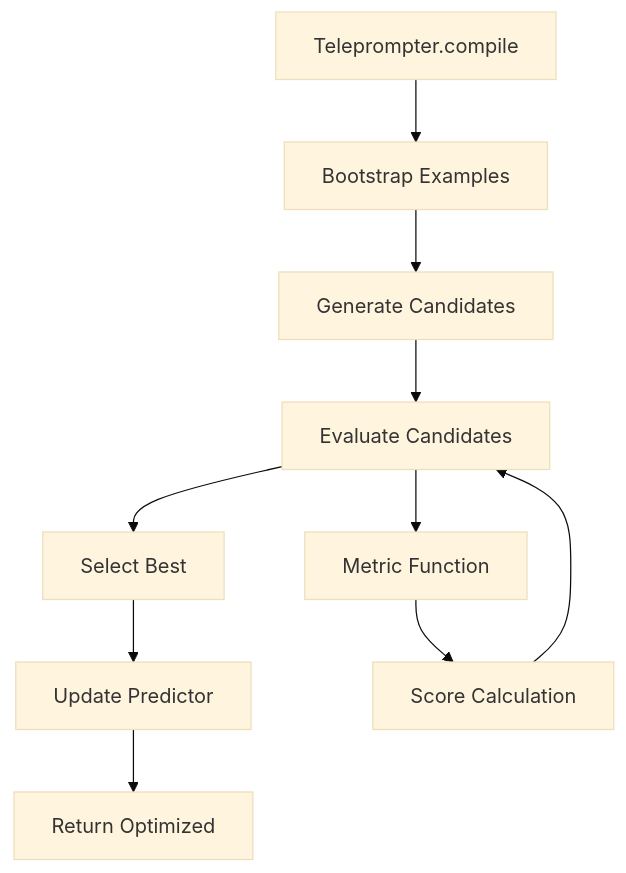
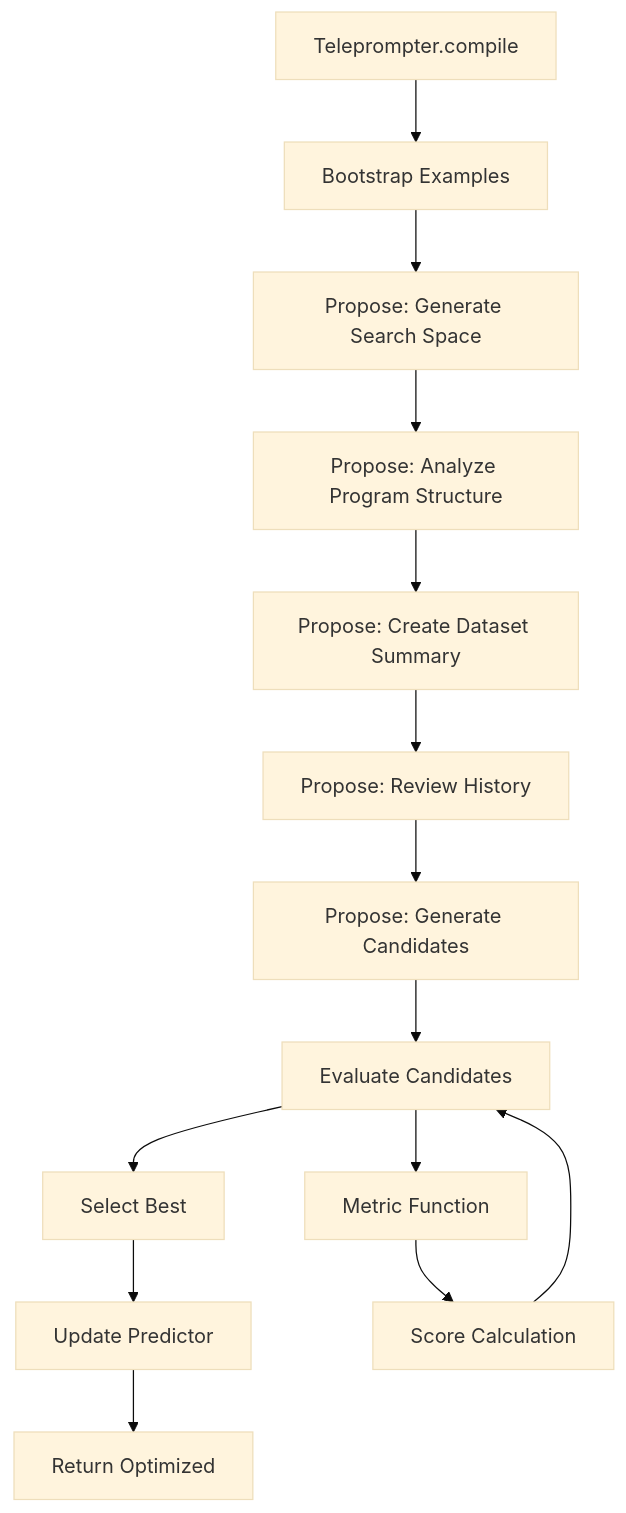
One commit to sparktsao/dspy_study changed the fourth of 6 diagrams in STUDY_003_architecture_workflow.md. Above: the diagram before and after it, drawn with Mermaid (base theme). The commit also changed other lines of this file, not shown here.

````diff
--- a/STUDY_003_architecture_workflow.md
+++ b/STUDY_003_architecture_workflow.md
@@ -247,13 +247,17 @@
 ```mermaid
 graph TD
     A[Teleprompter.compile] --> B[Bootstrap Examples]
-    B --> C[Generate Candidates]
-    C --> D[Evaluate Candidates]
-    D --> E[Select Best]
-    E --> F[Update Predictor]
-    F --> G[Return Optimized]
+    B --> C[Propose: Generate Search Space]
+    C --> D[Propose: Analyze Program Structure]
+    D --> E[Propose: Create Dataset Summary]
+    E --> F[Propose: Review History]
+    F --> G[Propose: Generate Candidates]
+    G --> H[Evaluate Candidates]
+    H --> I[Select Best]
+    I --> J[Update Predictor]
+    J --> K[Return Optimized]
     
-    D --> H[Metric Function]
-    H --> I[Score Calculation]
-    I --> D
+    H --> L[Metric Function]
+    L --> M[Score Calculation]
+    M --> H
 ```
````
